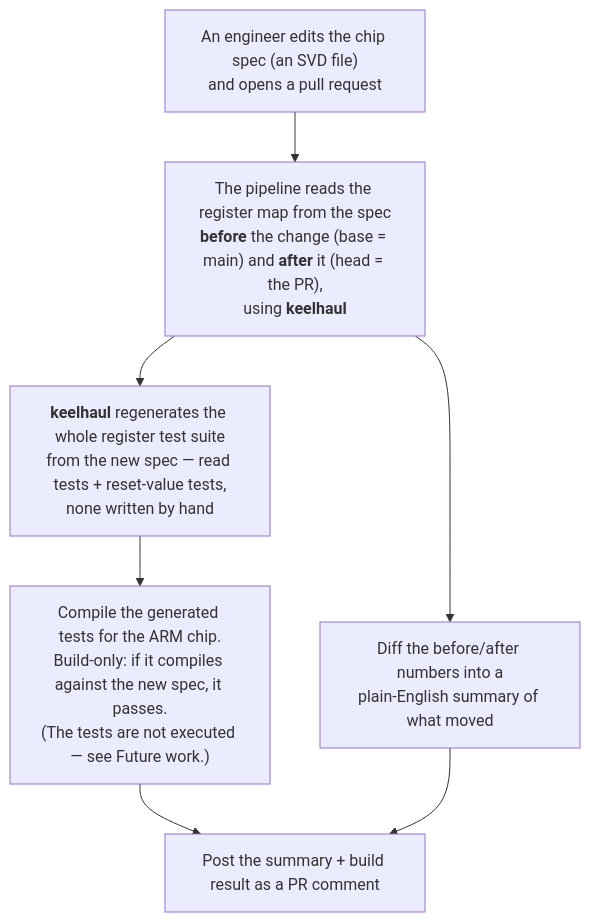
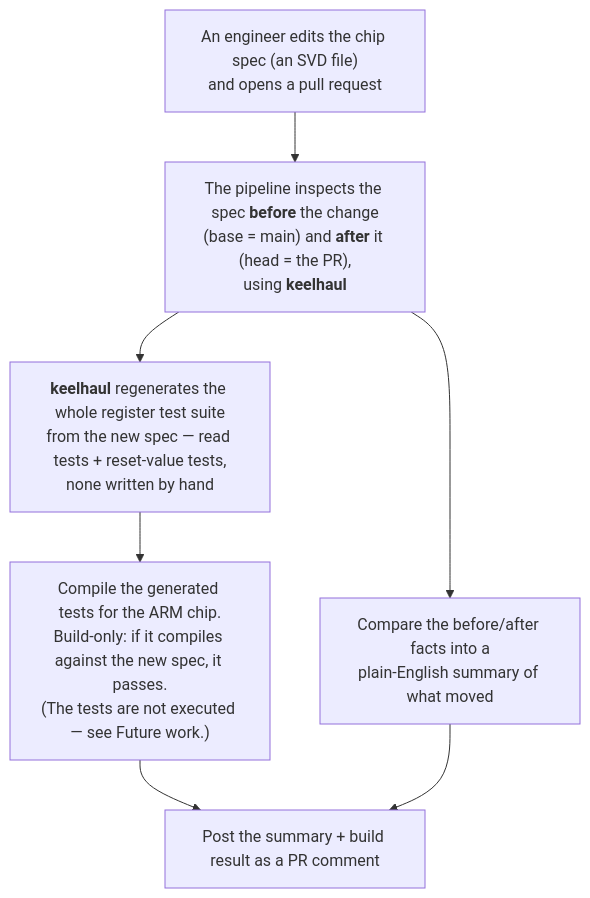
The diagram in README.md (Tabrez-dev/Spec-Driven-Register-Verification-Pipeline), drawn with Mermaid before and after one commit. The commit also changed other lines of this file, not shown here.

Commit message:
docs: hiring-manager overview, plain-English explanations, keelhaul credit

````diff
--- a/README.md
+++ b/README.md
@@ -24,10 +59,10 @@
 ```mermaid
 flowchart TB
     A["An engineer edits the chip spec (an SVD file)<br/>and opens a pull request"]
-    A --> B["The pipeline reads the register map from the spec<br/><b>before</b> the change (base = main) and <b>after</b> it (head = the PR),<br/>using <b>keelhaul</b>"]
+    A --> B["The pipeline inspects the spec <b>before</b> the change<br/>(base = main) and <b>after</b> it (head = the PR),<br/>using <b>keelhaul</b>"]
     B --> C["<b>keelhaul</b> regenerates the whole register test suite<br/>from the new spec — read tests + reset-value tests,<br/>none written by hand"]
-    B --> D["Diff the before/after numbers into a<br/>plain-English summary of what moved"]
+    B --> D["Compare the before/after facts into a<br/>plain-English summary of what moved"]
     C --> E["Compile the generated tests for the ARM chip.<br/>Build-only: if it compiles against the new spec, it passes.<br/>(The tests are not executed — see Future work.)"]
     E --> F["Post the summary + build result as a PR comment"]
     D --> F
 ```
````
